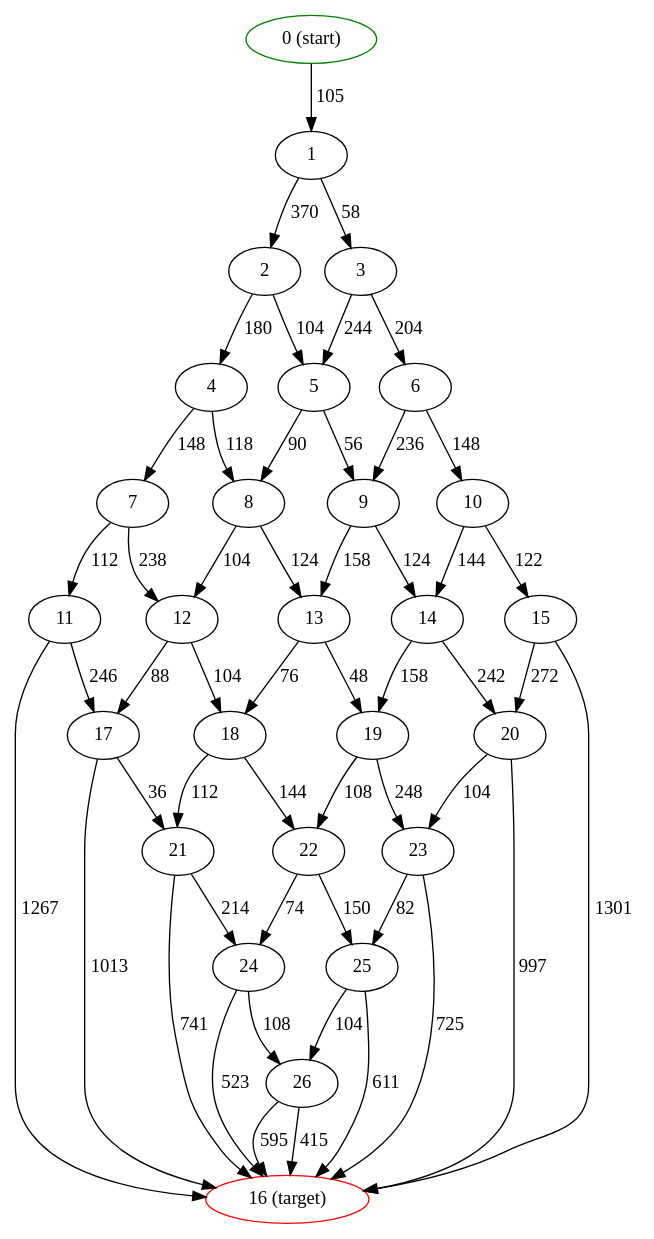
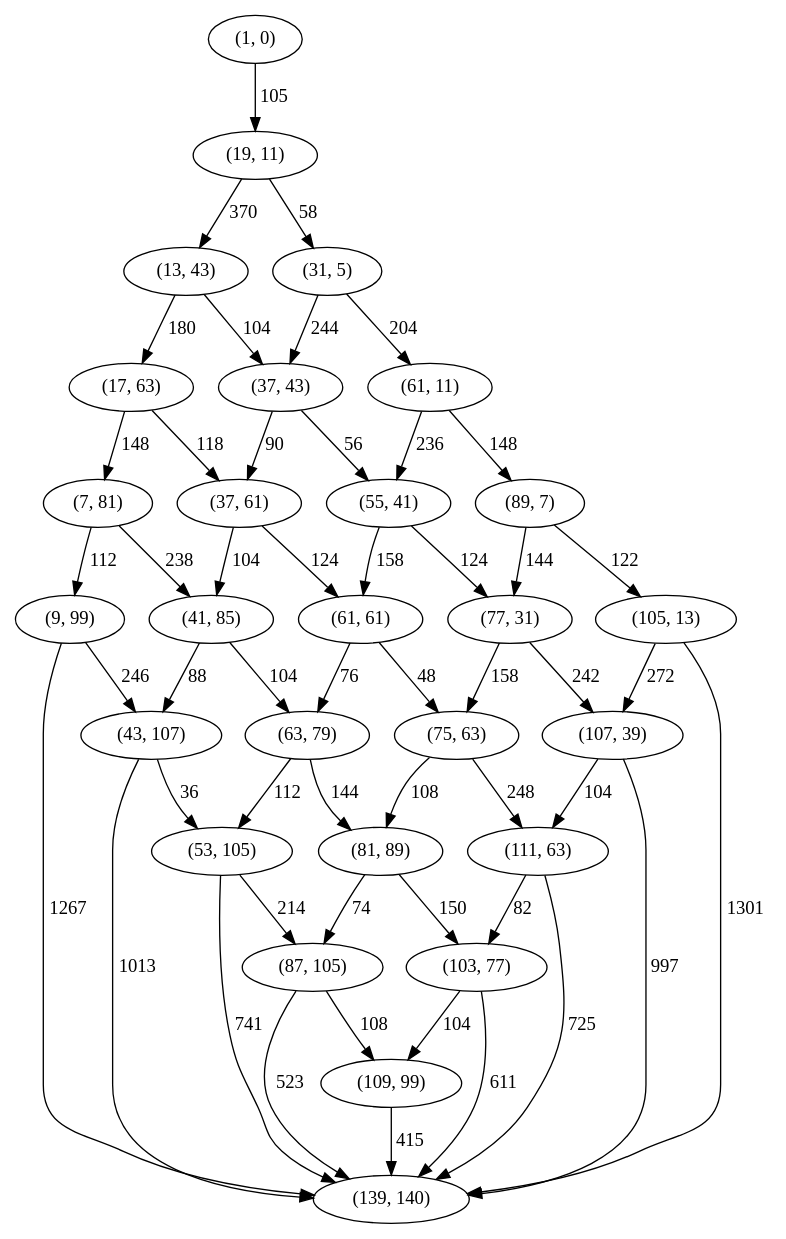
The diagram in data/viz/23-1.dot (Mesoptier/aoc-2023), drawn with Graphviz before and after one commit. The commit also changed 11 other files, not shown here.

First line of the commit message:
Day 23: Further optimize graph structure

```diff
--- a/data/viz/23-1.dot
+++ b/data/viz/23-1.dot
@@ -1,80 +1,79 @@
 digraph {
-  0 [label="0 (start)", color=green]
-  0 -> 1 [label="105"]
-  1 [label="1"]
-  1 -> 2 [label="370"]
-  1 -> 3 [label="58"]
-  2 [label="2"]
-  2 -> 4 [label="180"]
-  2 -> 5 [label="104"]
-  3 [label="3"]
-  3 -> 5 [label="244"]
-  3 -> 6 [label="204"]
-  4 [label="4"]
-  4 -> 7 [label="148"]
-  4 -> 8 [label="118"]
-  5 [label="5"]
-  5 -> 8 [label="90"]
-  5 -> 9 [label="56"]
-  6 [label="6"]
-  6 -> 9 [label="236"]
-  6 -> 10 [label="148"]
-  7 [label="7"]
-  7 -> 11 [label="112"]
-  7 -> 12 [label="238"]
-  8 [label="8"]
-  8 -> 12 [label="104"]
-  8 -> 13 [label="124"]
-  9 [label="9"]
-  9 -> 13 [label="158"]
-  9 -> 14 [label="124"]
-  10 [label="10"]
-  10 -> 14 [label="144"]
-  10 -> 15 [label="122"]
-  11 [label="11"]
-  11 -> 16 [label="1267"]
-  11 -> 17 [label="246"]
-  12 [label="12"]
-  12 -> 17 [label="88"]
-  12 -> 18 [label="104"]
-  13 [label="13"]
-  13 -> 18 [label="76"]
-  13 -> 19 [label="48"]
-  14 [label="14"]
-  14 -> 19 [label="158"]
-  14 -> 20 [label="242"]
-  15 [label="15"]
-  15 -> 20 [label="272"]
-  15 -> 16 [label="1301"]
-  16 [label="16 (target)", color=red]
-  17 [label="17"]
-  17 -> 16 [label="1013"]
-  17 -> 21 [label="36"]
-  18 [label="18"]
-  18 -> 21 [label="112"]
-  18 -> 22 [label="144"]
-  19 [label="19"]
-  19 -> 22 [label="108"]
-  19 -> 23 [label="248"]
-  20 [label="20"]
-  20 -> 23 [label="104"]
-  20 -> 16 [label="997"]
-  21 [label="21"]
-  21 -> 16 [label="741"]
-  21 -> 24 [label="214"]
-  22 [label="22"]
-  22 -> 24 [label="74"]
-  22 -> 25 [label="150"]
-  23 [label="23"]
-  23 -> 25 [label="82"]
-  23 -> 16 [label="725"]
-  24 [label="24"]
-  24 -> 16 [label="523"]
-  24 -> 26 [label="108"]
-  25 [label="25"]
-  25 -> 26 [label="104"]
-  25 -> 16 [label="611"]
-  26 [label="26"]
-  26 -> 16 [label="595"]
-  26 -> 16 [label="415"]
+    0 [ label = "(1, 0)" ]
+    1 [ label = "(19, 11)" ]
+    2 [ label = "(13, 43)" ]
+    3 [ label = "(31, 5)" ]
+    4 [ label = "(17, 63)" ]
+    5 [ label = "(37, 43)" ]
+    6 [ label = "(61, 11)" ]
+    7 [ label = "(7, 81)" ]
+    8 [ label = "(37, 61)" ]
+    9 [ label = "(55, 41)" ]
+    10 [ label = "(89, 7)" ]
+    11 [ label = "(9, 99)" ]
+    12 [ label = "(41, 85)" ]
+    13 [ label = "(61, 61)" ]
+    14 [ label = "(77, 31)" ]
+    15 [ label = "(105, 13)" ]
+    16 [ label = "(139, 140)" ]
+    17 [ label = "(43, 107)" ]
+    18 [ label = "(63, 79)" ]
+    19 [ label = "(75, 63)" ]
+    20 [ label = "(107, 39)" ]
+    21 [ label = "(53, 105)" ]
+    22 [ label = "(81, 89)" ]
+    23 [ label = "(111, 63)" ]
+    24 [ label = "(87, 105)" ]
+    25 [ label = "(103, 77)" ]
+    26 [ label = "(109, 99)" ]
+    0 -> 1 [ label = "105" ]
+    1 -> 2 [ label = "370" ]
+    1 -> 3 [ label = "58" ]
+    2 -> 4 [ label = "180" ]
+    2 -> 5 [ label = "104" ]
+    3 -> 5 [ label = "244" ]
+    3 -> 6 [ label = "204" ]
+    4 -> 7 [ label = "148" ]
+    4 -> 8 [ label = "118" ]
+    5 -> 8 [ label = "90" ]
+    5 -> 9 [ label = "56" ]
+    6 -> 9 [ label = "236" ]
+    6 -> 10 [ label = "148" ]
+    7 -> 11 [ label = "112" ]
+    7 -> 12 [ label = "238" ]
+    8 -> 12 [ label = "104" ]
+    8 -> 13 [ label = "124" ]
+    9 -> 13 [ label = "158" ]
+    9 -> 14 [ label = "124" ]
+    10 -> 14 [ label = "144" ]
+    10 -> 15 [ label = "122" ]
+    11 -> 16 [ label = "1267" ]
+    11 -> 17 [ label = "246" ]
+    12 -> 17 [ label = "88" ]
+    12 -> 18 [ label = "104" ]
+    13 -> 18 [ label = "76" ]
+    13 -> 19 [ label = "48" ]
+    14 -> 19 [ label = "158" ]
+    14 -> 20 [ label = "242" ]
+    15 -> 20 [ label = "272" ]
+    15 -> 16 [ label = "1301" ]
+    17 -> 16 [ label = "1013" ]
+    17 -> 21 [ label = "36" ]
+    18 -> 21 [ label = "112" ]
+    18 -> 22 [ label = "144" ]
+    19 -> 22 [ label = "108" ]
+    19 -> 23 [ label = "248" ]
+    20 -> 23 [ label = "104" ]
+    20 -> 16 [ label = "997" ]
+    21 -> 16 [ label = "741" ]
+    21 -> 24 [ label = "214" ]
+    22 -> 24 [ label = "74" ]
+    22 -> 25 [ label = "150" ]
+    23 -> 25 [ label = "82" ]
+    23 -> 16 [ label = "725" ]
+    24 -> 16 [ label = "523" ]
+    24 -> 26 [ label = "108" ]
+    25 -> 26 [ label = "104" ]
+    25 -> 16 [ label = "611" ]
+    26 -> 16 [ label = "415" ]
 }
```
